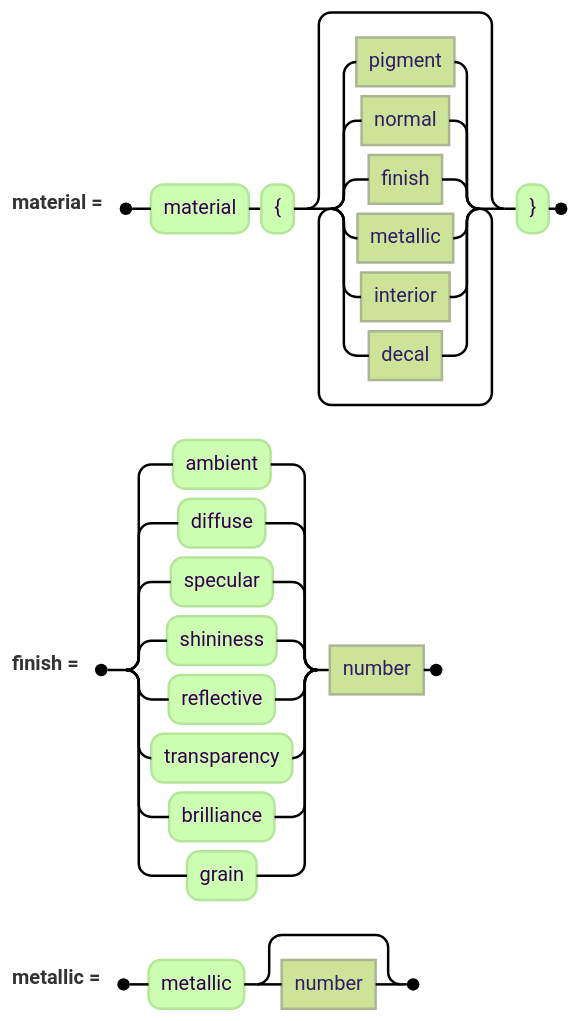
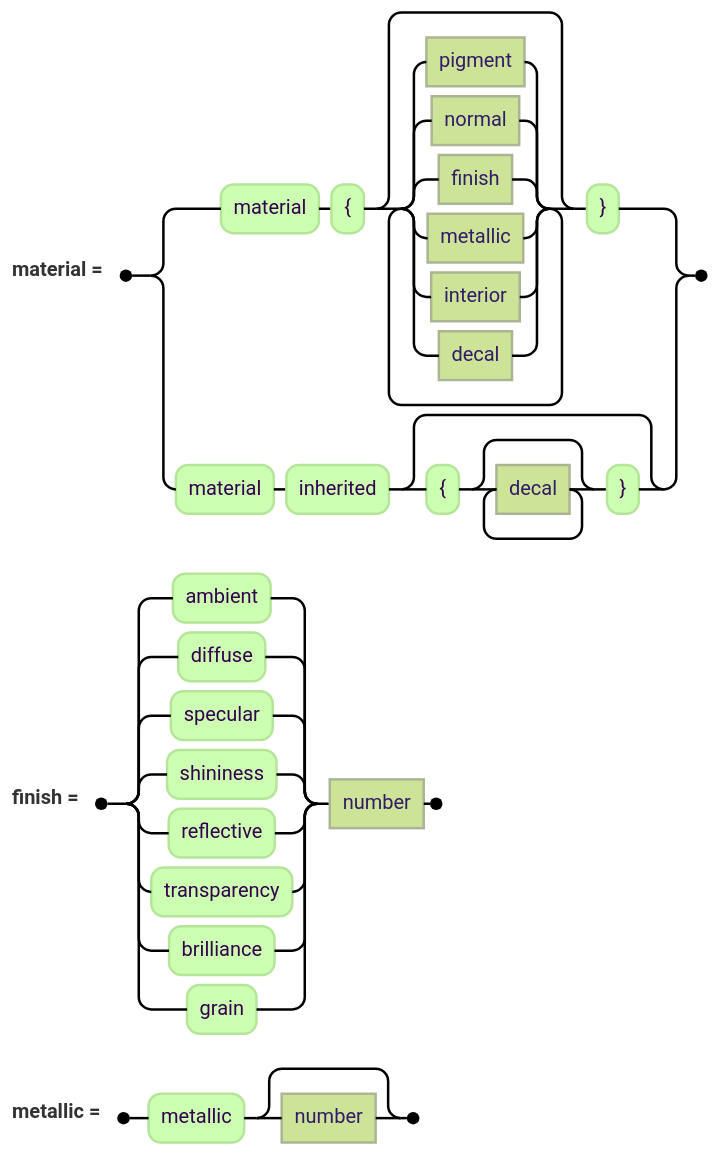
One commit to jskress/RayTracer changed the diagram in docs/diagrams/materials/materialClause.mmd. Above: the diagram before and after it, drawn with Mermaid (forest theme). The commit also changed 14 other files, not shown here.

```diff
--- a/docs/diagrams/materials/materialClause.mmd
+++ b/docs/diagrams/materials/materialClause.mmd
@@ -1,9 +1,10 @@
 railroad-ebnf-beta
 title "A material"
 
-material = "material" "{" { pigment | normal | finish | metallic | interior | decal } "}" ;
+material = "material" "{" { pigment | normal | finish | metallic | interior | decal } "}"
+         | "material" "inherited" [ "{" { decal } "}" ] ;
 
 finish = ( "ambient" | "diffuse" | "specular" | "shininess" | "reflective"
          | "transparency" | "brilliance" | "grain" ) number ;
 
 metallic = "metallic" [ number ] ;
```
